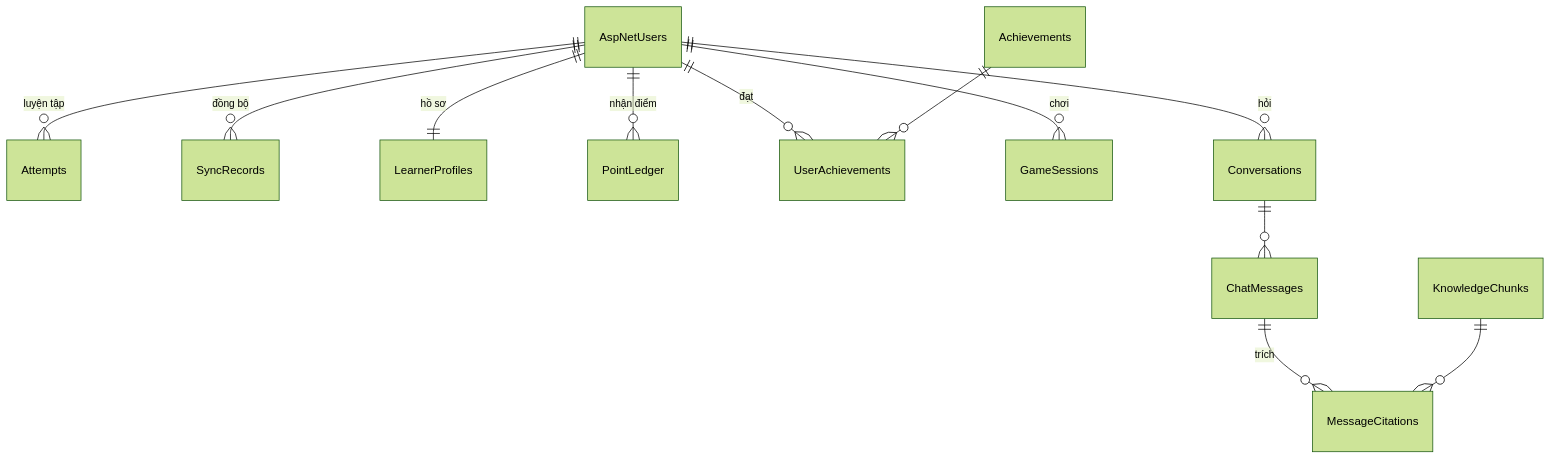
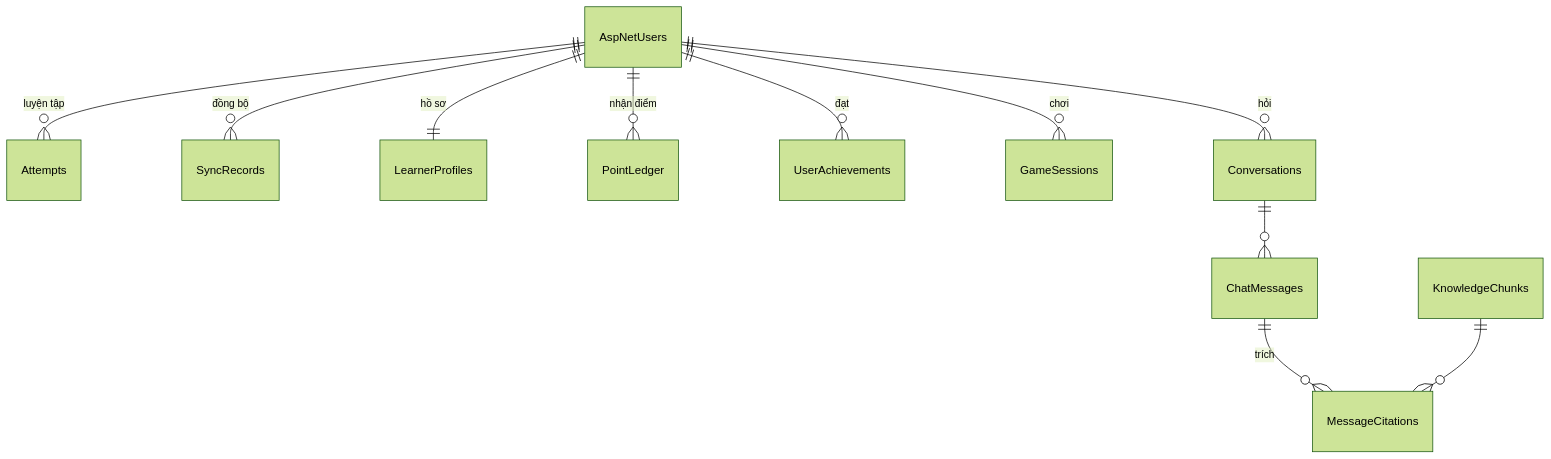
One commit to MinhHaoJR/EnglishUp changed the diagram in docs/DATABASE.md. Above: the diagram before and after it, drawn with Mermaid (forest theme). The commit also changed other lines of this file and 21 other files, not shown here.

````diff
--- a/docs/DATABASE.md
+++ b/docs/DATABASE.md
@@ -23,14 +23,13 @@
 ```mermaid
 erDiagram
   AspNetUsers ||--o{ Attempts : "luyện tập"
   AspNetUsers ||--o{ SyncRecords : "đồng bộ"
   AspNetUsers ||--|| LearnerProfiles : "hồ sơ"
   AspNetUsers ||--o{ PointLedger : "nhận điểm"
   AspNetUsers ||--o{ UserAchievements : "đạt"
-  Achievements ||--o{ UserAchievements : ""
   AspNetUsers ||--o{ GameSessions : "chơi"
   AspNetUsers ||--o{ Conversations : "hỏi"
   Conversations ||--o{ ChatMessages : ""
   ChatMessages ||--o{ MessageCitations : "trích"
   KnowledgeChunks ||--o{ MessageCitations : ""
 ```
````
